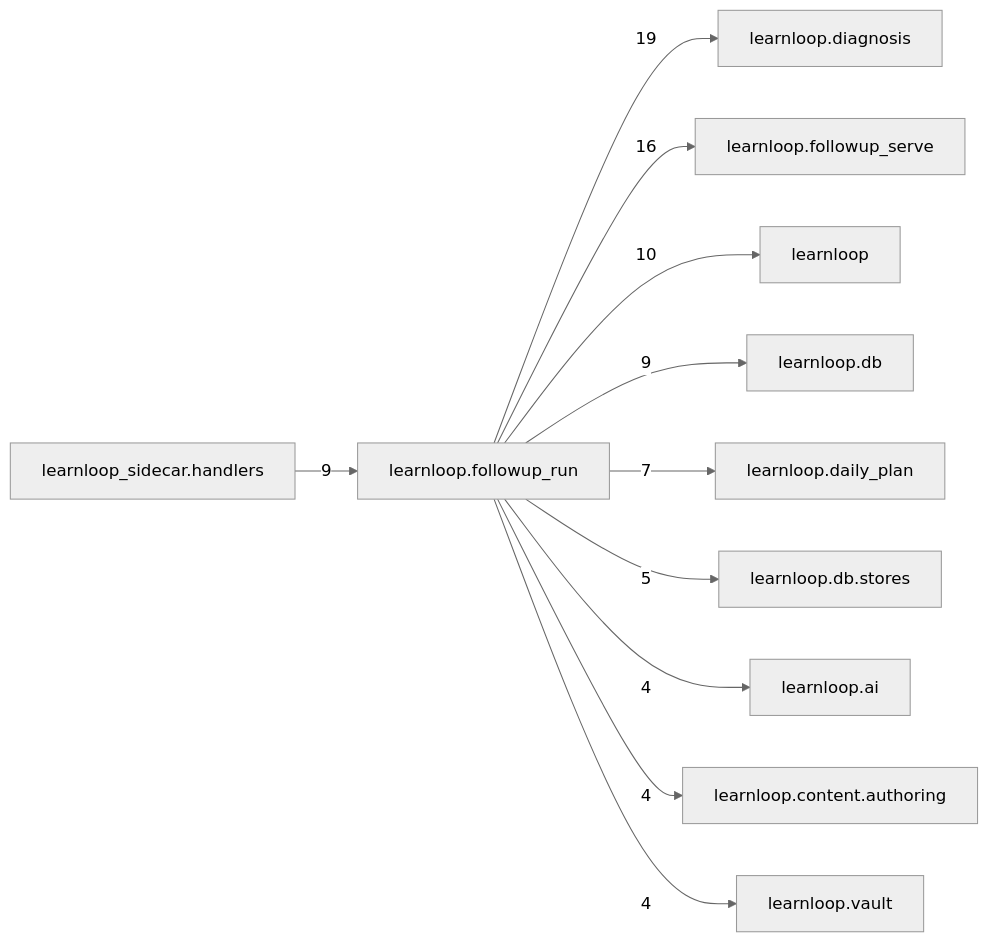
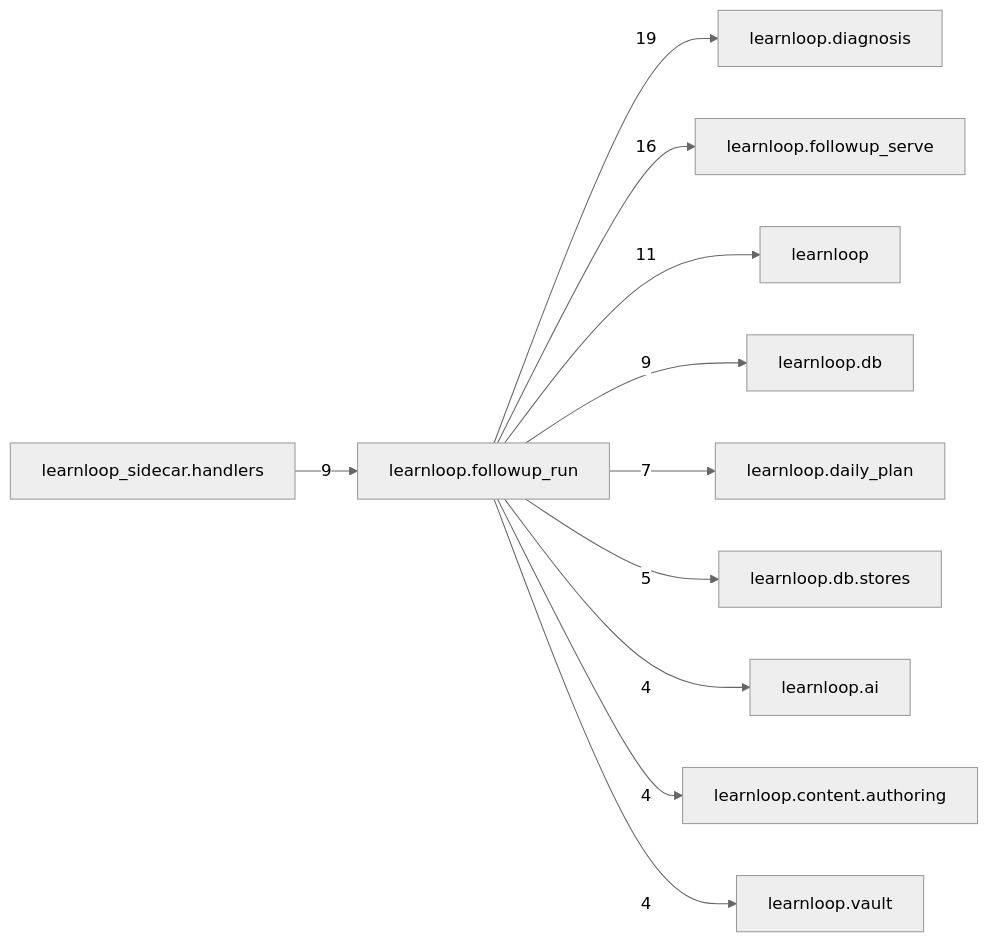
One commit to 6up-b/learnanything changed the diagram in docs/learnloop-architecture-vault/Reference/Modules/learnloop/followup_run/_package.md. Above: the diagram before and after it, drawn with Mermaid (neutral theme). The commit also changed other lines of this file and 37 other files, not shown here.

````diff
--- a/docs/learnloop-architecture-vault/Reference/Modules/learnloop/followup_run/_package.md
+++ b/docs/learnloop-architecture-vault/Reference/Modules/learnloop/followup_run/_package.md
@@ -98,24 +98,24 @@
 ```mermaid
 flowchart LR
     center["learnloop.followup_run"]
     n_learnloop_diagnosis["learnloop.diagnosis"]
     n_learnloop_followup_serve["learnloop.followup_serve"]
     n_learnloop["learnloop"]
     n_learnloop_db["learnloop.db"]
     n_learnloop_sidecar_handlers["learnloop_sidecar.handlers"]
     n_learnloop_daily_plan["learnloop.daily_plan"]
     n_learnloop_db_stores["learnloop.db.stores"]
     n_learnloop_ai["learnloop.ai"]
     n_learnloop_content_authoring["learnloop.content.authoring"]
     n_learnloop_vault["learnloop.vault"]
     center -->|19| n_learnloop_diagnosis
     center -->|16| n_learnloop_followup_serve
-    center -->|10| n_learnloop
+    center -->|11| n_learnloop
     center -->|9| n_learnloop_db
     n_learnloop_sidecar_handlers -->|9| center
     center -->|7| n_learnloop_daily_plan
     center -->|5| n_learnloop_db_stores
     center -->|4| n_learnloop_ai
     center -->|4| n_learnloop_content_authoring
     center -->|4| n_learnloop_vault
 ```
````
